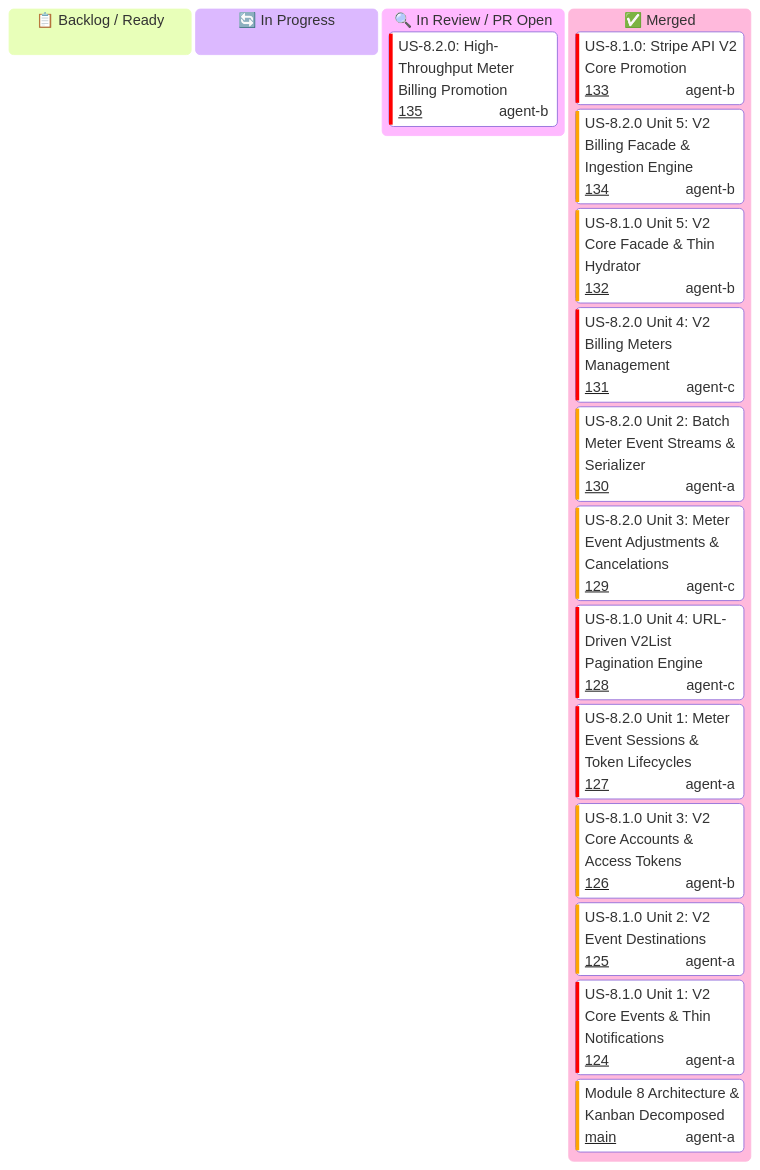
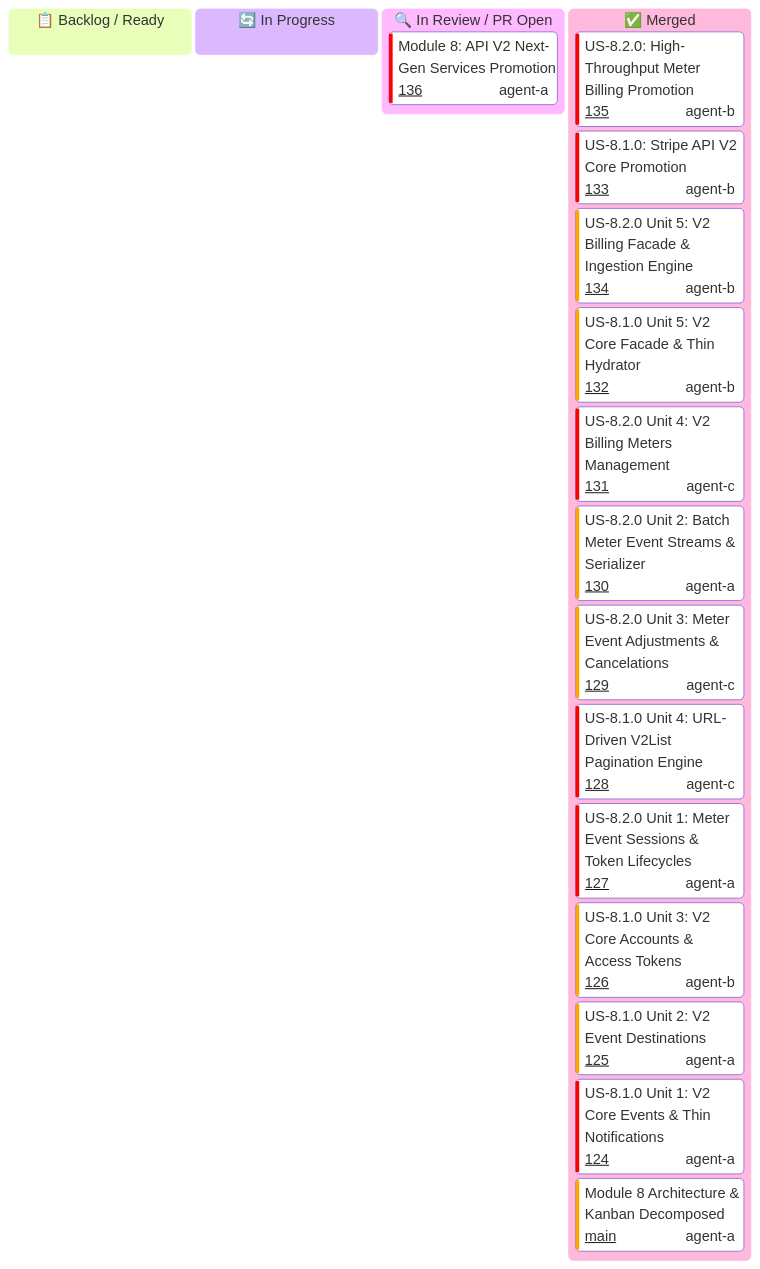
One commit to some-of-cs/some-stripe changed the diagram in docs/user-stories/module-8-v2-next-gen-services/KANBAN.md. Above: the diagram before and after it, drawn with Mermaid. The commit also changed 2 other files, not shown here.

Commit message:
docs(module-8): update kanban, checkpoint, and module 8 execution report

````diff
--- a/docs/user-stories/module-8-v2-next-gen-services/KANBAN.md
+++ b/docs/user-stories/module-8-v2-next-gen-services/KANBAN.md
@@ -16,25 +16,26 @@
 ```mermaid
 ---
 config:
   kanban:
     ticketBaseUrl: 'https://github.com/some-of-cs/some-stripe/pull/#TICKET#'
 ---
 kanban
   todo[📋 Backlog / Ready]
   in_progress[🔄 In Progress]
   in_review[🔍 In Review / PR Open]
+    m8_promo[Module 8: API V2 Next-Gen Services Promotion]@{ ticket: '136', assigned: 'agent-a', priority: 'Very High' }
+  done[✅ Merged]
     us82_story[US-8.2.0: High-Throughput Meter Billing Promotion]@{ ticket: '135', assigned: 'agent-b', priority: 'Very High' }
-  done[✅ Merged]
     us81_story[US-8.1.0: Stripe API V2 Core Promotion]@{ ticket: '133', assigned: 'agent-b', priority: 'Very High' }
     us82_u5[US-8.2.0 Unit 5: V2 Billing Facade & Ingestion Engine]@{ ticket: '134', assigned: 'agent-b', priority: 'High' }
     us81_u5[US-8.1.0 Unit 5: V2 Core Facade & Thin Hydrator]@{ ticket: '132', assigned: 'agent-b', priority: 'High' }
     us82_u4[US-8.2.0 Unit 4: V2 Billing Meters Management]@{ ticket: '131', assigned: 'agent-c', priority: 'Very High' }
     us82_u2[US-8.2.0 Unit 2: Batch Meter Event Streams & Serializer]@{ ticket: '130', assigned: 'agent-a', priority: 'High' }
     us82_u3[US-8.2.0 Unit 3: Meter Event Adjustments & Cancelations]@{ ticket: '129', assigned: 'agent-c', priority: 'High' }
     us81_u4[US-8.1.0 Unit 4: URL-Driven V2List Pagination Engine]@{ ticket: '128', assigned: 'agent-c', priority: 'Very High' }
     us82_u1[US-8.2.0 Unit 1: Meter Event Sessions & Token Lifecycles]@{ ticket: '127', assigned: 'agent-a', priority: 'Very High' }
     us81_u3[US-8.1.0 Unit 3: V2 Core Accounts & Access Tokens]@{ ticket: '126', assigned: 'agent-b', priority: 'High' }
     us81_u2[US-8.1.0 Unit 2: V2 Event Destinations]@{ ticket: '125', assigned: 'agent-a', priority: 'High' }
     us81_u1[US-8.1.0 Unit 1: V2 Core Events & Thin Notifications]@{ ticket: '124', assigned: 'agent-a', priority: 'Very High' }
     m8_init[Module 8 Architecture & Kanban Decomposed]@{ ticket: 'main', assigned: 'agent-a', priority: 'High' }
 ```
````
